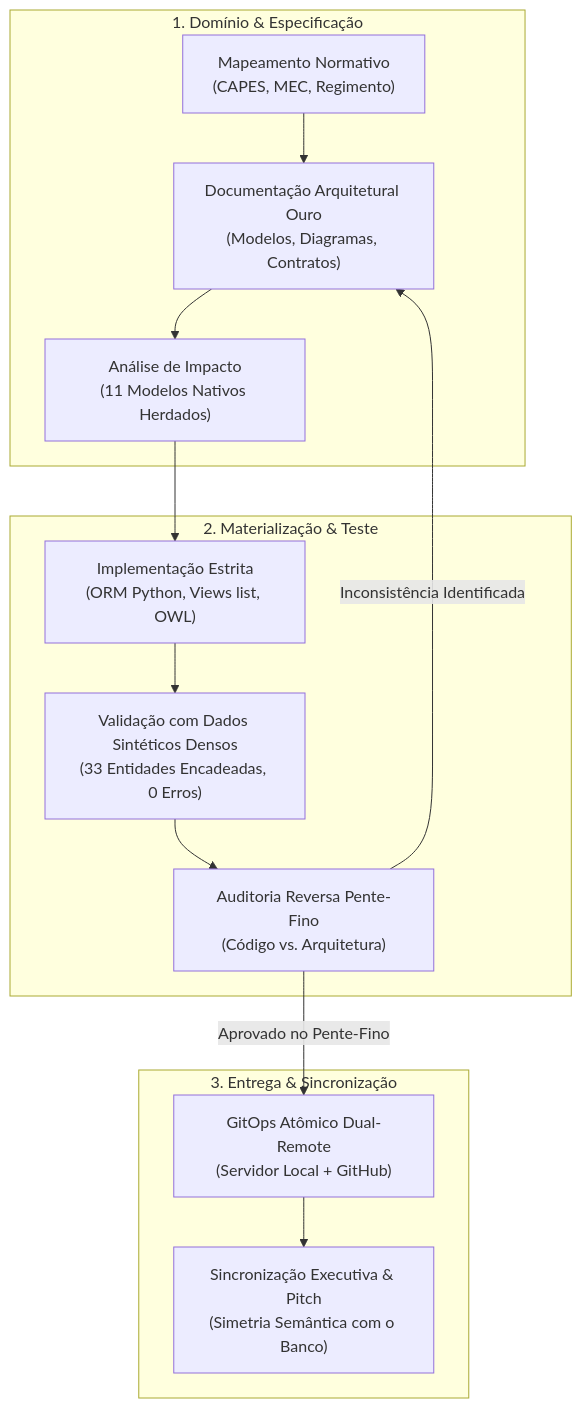
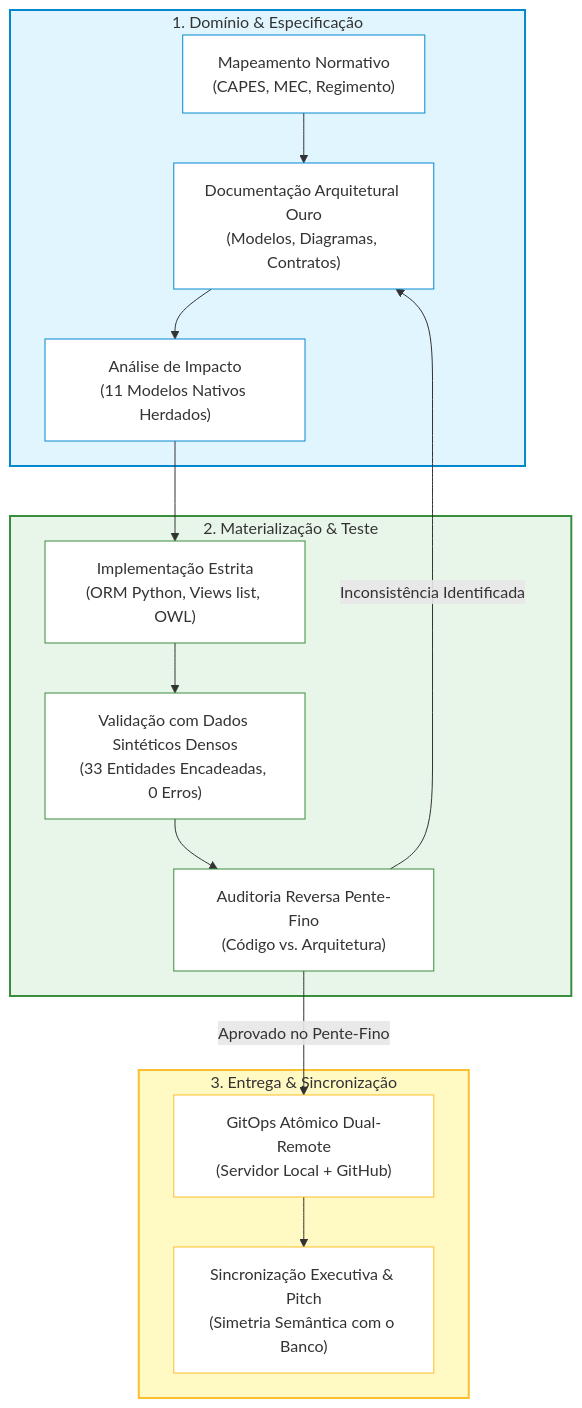
Before and after one commit to cinas-ipen/l10n_br_openeducat_capes: the second of 5 diagrams in docs/documentacao_executiva_capes.qmd, drawn with Mermaid. The commit also changed 1 other file, not shown here.

Commit message:
style(docs): harmoniza estilos e paleta do diagrama Mermaid na secao Engenharia de Software

````diff
--- a/docs/documentacao_executiva_capes.qmd
+++ b/docs/documentacao_executiva_capes.qmd
@@ -124,28 +124,40 @@
 ```{mermaid}
-flowchart TD
-    subgraph FaseConceitual["1. Domínio & Especificação"]
+graph TD
+    subgraph FaseConceitual ["1. Domínio & Especificação"]
         Regulacao["Mapeamento Normativo<br/>(CAPES, MEC, Regimento)"]
         DocOuro["Documentação Arquitetural Ouro<br/>(Modelos, Diagramas, Contratos)"]
         Impacto["Análise de Impacto<br/>(11 Modelos Nativos Herdados)"]
     end
 
-    subgraph FaseExecutiva["2. Materialização & Teste"]
+    subgraph FaseExecutiva ["2. Materialização & Teste"]
         Implementacao["Implementação Estrita<br/>(ORM Python, Views list, OWL)"]
         CargaSintetica["Validação com Dados Sintéticos Densos<br/>(33 Entidades Encadeadas, 0 Erros)"]
         BackAudit["Auditoria Reversa Pente-Fino<br/>(Código vs. Arquitetura)"]
     end
 
-    subgraph FaseGovernanca["3. Entrega & Sincronização"]
+    subgraph FaseGovernanca ["3. Entrega & Sincronização"]
         Commit["GitOps Atômico Dual-Remote<br/>(Servidor Local + GitHub)"]
         SincExecutiva["Sincronização Executiva & Pitch<br/>(Simetria Semântica com o Banco)"]
     end
 
     Regulacao --> DocOuro
     DocOuro --> Impacto
     Impacto --> Implementacao
     Implementacao --> CargaSintetica
     CargaSintetica --> BackAudit
-    BackAudit -->|Inconsistência Identificada| DocOuro
-    BackAudit -->|Aprovado no Pente-Fino| Commit
+    BackAudit -->|"Inconsistência Identificada"| DocOuro
+    BackAudit -->|"Aprovado no Pente-Fino"| Commit
     Commit --> SincExecutiva
+
+    style FaseConceitual fill:#e1f5fe,stroke:#0288d1,stroke-width:2px
+    style FaseExecutiva fill:#e8f5e9,stroke:#388e3c,stroke-width:2px
+    style FaseGovernanca fill:#fff9c4,stroke:#fbc02d,stroke-width:2px
+    style Regulacao fill:#ffffff,stroke:#0288d1,stroke-width:1px
+    style DocOuro fill:#ffffff,stroke:#0288d1,stroke-width:1px
+    style Impacto fill:#ffffff,stroke:#0288d1,stroke-width:1px
+    style Implementacao fill:#ffffff,stroke:#388e3c,stroke-width:1px
+    style CargaSintetica fill:#ffffff,stroke:#388e3c,stroke-width:1px
+    style BackAudit fill:#ffffff,stroke:#388e3c,stroke-width:1px
+    style Commit fill:#ffffff,stroke:#fbc02d,stroke-width:1px
+    style SincExecutiva fill:#ffffff,stroke:#fbc02d,stroke-width:1px
 ```
````
